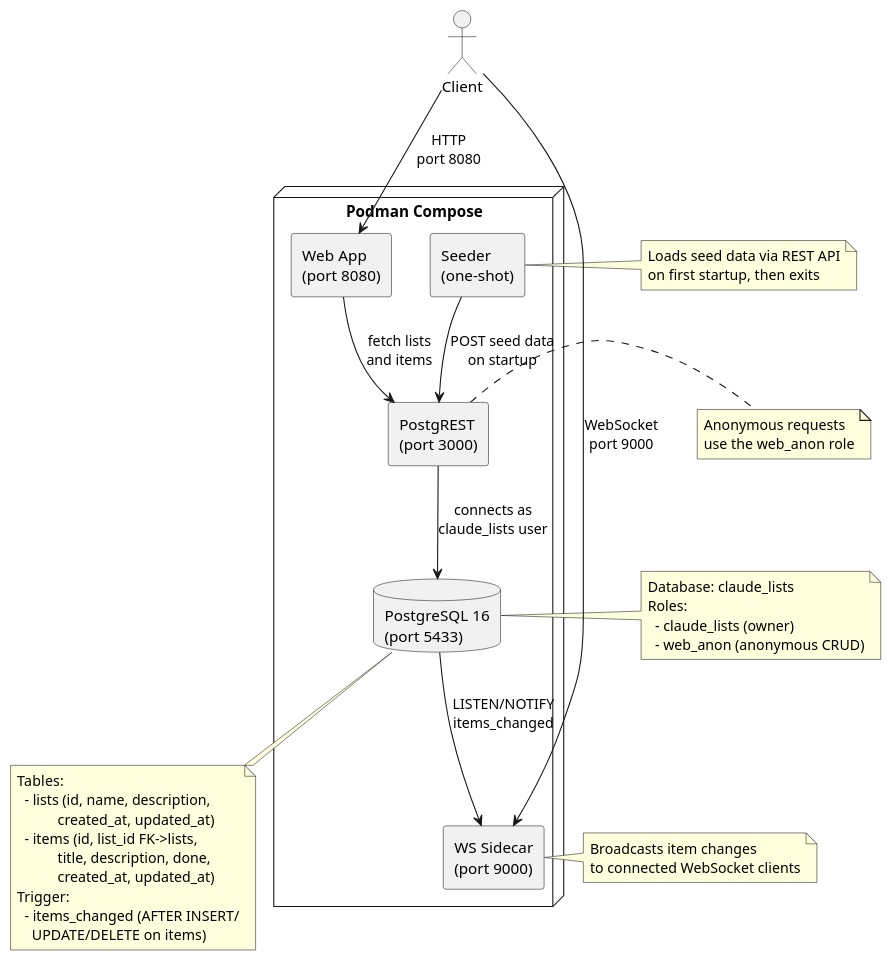
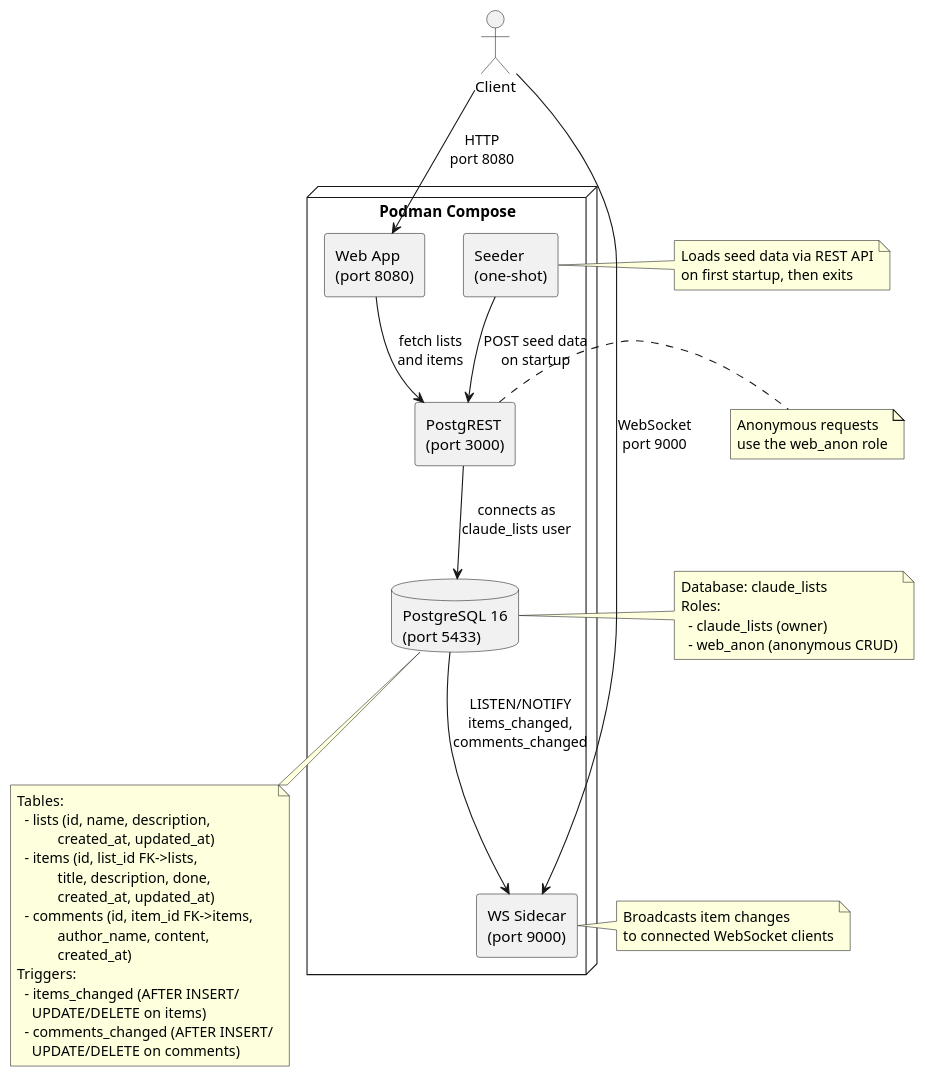
The diagram in docs/architecture.puml (conroydamien/claude_lists_api), drawn with PlantUML before and after one commit. The commit also changed 5 other files, not shown here.

First line of the commit message:
Add comments/discussions feature for line items

```diff
--- a/docs/architecture.puml
+++ b/docs/architecture.puml
@@ -1,57 +1,62 @@
 @startuml Claude Lists API Architecture
 
 skinparam componentStyle rectangle
 
 actor "Client" as client
 
 node "Podman Compose" {
     component "Web App\n(port 8080)" as web
     component "PostgREST\n(port 3000)" as postgrest
     component "WS Sidecar\n(port 9000)" as wssidecar
     component "Seeder\n(one-shot)" as seeder
     database "PostgreSQL 16\n(port 5433)" as db
 
     web --> postgrest : "fetch lists\nand items"
     seeder --> postgrest : "POST seed data\non startup"
     postgrest --> db : "connects as\nclaude_lists user"
-    db --> wssidecar : "LISTEN/NOTIFY\nitems_changed"
+    db --> wssidecar : "LISTEN/NOTIFY\nitems_changed,\ncomments_changed"
 }
 
 client --> web : "HTTP\nport 8080"
 client --> wssidecar : "WebSocket\nport 9000"
 
 note right of db
   Database: claude_lists
   Roles:
     - claude_lists (owner)
     - web_anon (anonymous CRUD)
 end note
 
 note bottom of db
   Tables:
     - lists (id, name, description,
              created_at, updated_at)
     - items (id, list_id FK->lists,
              title, description, done,
              created_at, updated_at)
-  Trigger:
+    - comments (id, item_id FK->items,
+             author_name, content,
+             created_at)
+  Triggers:
     - items_changed (AFTER INSERT/
       UPDATE/DELETE on items)
+    - comments_changed (AFTER INSERT/
+      UPDATE/DELETE on comments)
 end note
 
 note right of postgrest
   Anonymous requests
   use the web_anon role
 end note
 
 note right of wssidecar
   Broadcasts item changes
   to connected WebSocket clients
 end note
 
 note right of seeder
   Loads seed data via REST API
   on first startup, then exits
 end note
 
 @enduml
```
